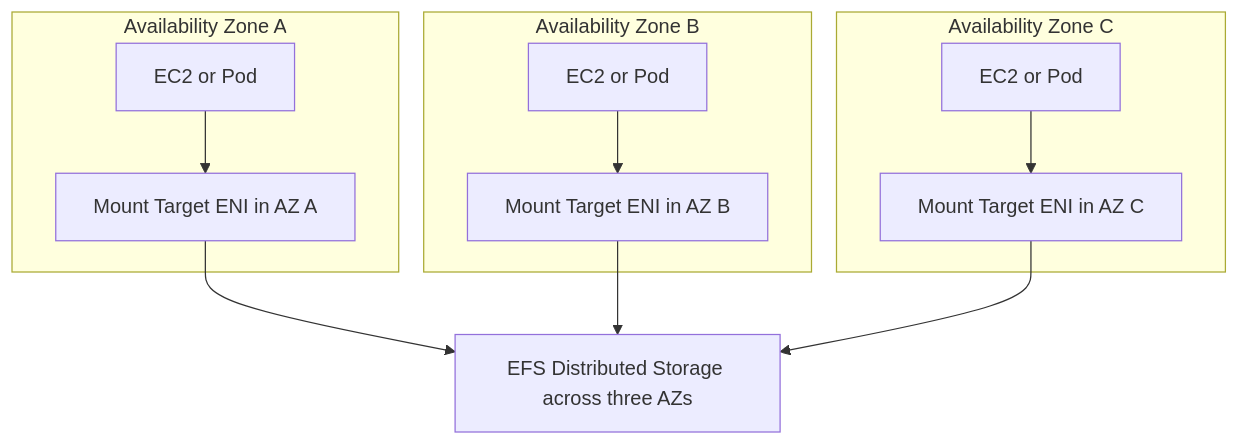
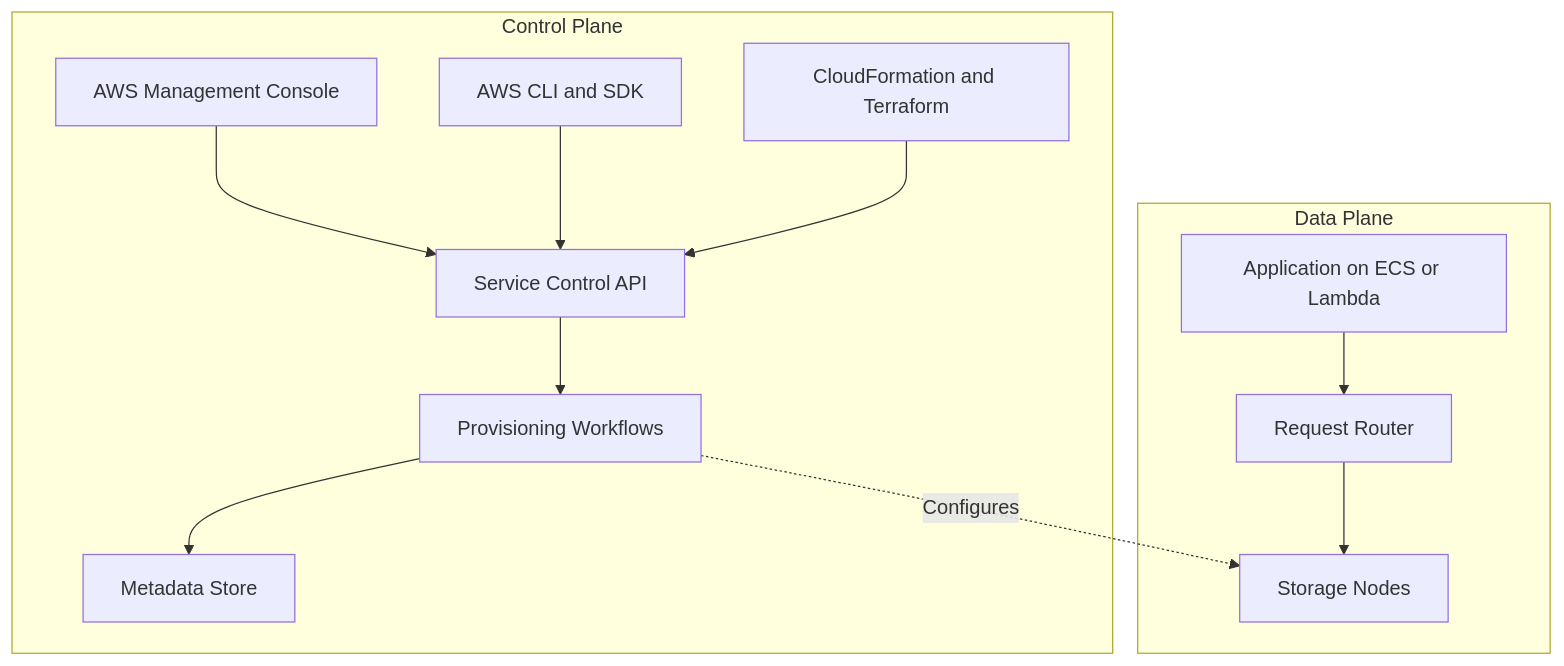
One commit to norbutlepcha25/dso303 changed the seventh of 35 diagrams in docs/unit1/topic5.md. Above: the diagram before and after it, drawn with Mermaid. The commit also changed other lines of this file and 945 other files, not shown here.

````diff
--- a/docs/unit1/topic5.md
+++ b/docs/unit1/topic5.md
@@ -488,15 +440,19 @@
 ```mermaid
 graph TD
-    subgraph "Availability Zone A"
-        A1["EC2 or Pod"] --> M1["Mount Target ENI in AZ A"]
+    subgraph CP["Control Plane"]
+        C1["AWS Management Console"]
+        C2["AWS CLI and SDK"]
+        C3["CloudFormation and Terraform"]
+        C1 --> C4["Service Control API"]
+        C2 --> C4
+        C3 --> C4
+        C4 --> C5["Provisioning Workflows"]
+        C5 --> C6["Metadata Store"]
     end
-    subgraph "Availability Zone B"
-        A2["EC2 or Pod"] --> M2["Mount Target ENI in AZ B"]
+    subgraph DP["Data Plane"]
+        D1["Application on ECS or Lambda"]
+        D1 --> D2["Request Router"]
+        D2 --> D3["Storage Nodes"]
     end
-    subgraph "Availability Zone C"
-        A3["EC2 or Pod"] --> M3["Mount Target ENI in AZ C"]
-    end
-    M1 --> E["EFS Distributed Storage across three AZs"]
-    M2 --> E
-    M3 --> E
+    C5 -.->|"Configures"| D3
 ```
````
